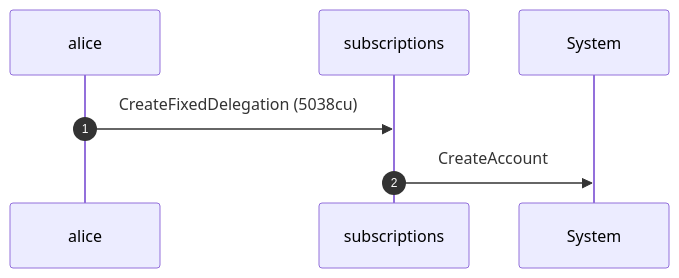
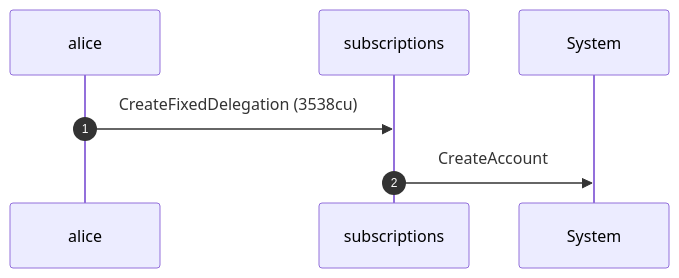
One commit to cds-rs/subscriptions changed the fifth of 8 diagrams in dsl_tests/signer-accounts-must-sign--transferfixed-.md. Above: the diagram before and after it, drawn with Mermaid. The commit also changed other lines of this file and 224 other files, not shown here.

````diff
--- a/dsl_tests/signer-accounts-must-sign--transferfixed-.md
+++ b/dsl_tests/signer-accounts-must-sign--transferfixed-.md
@@ -104,9 +110,9 @@
 ```mermaid
 sequenceDiagram
     autonumber
     participant alice
     participant subscriptions
     participant System
-    alice ->> subscriptions: CreateFixedDelegation (5038cu)
+    alice ->> subscriptions: CreateFixedDelegation (3538cu)
     subscriptions ->> System: CreateAccount
 ```
````
